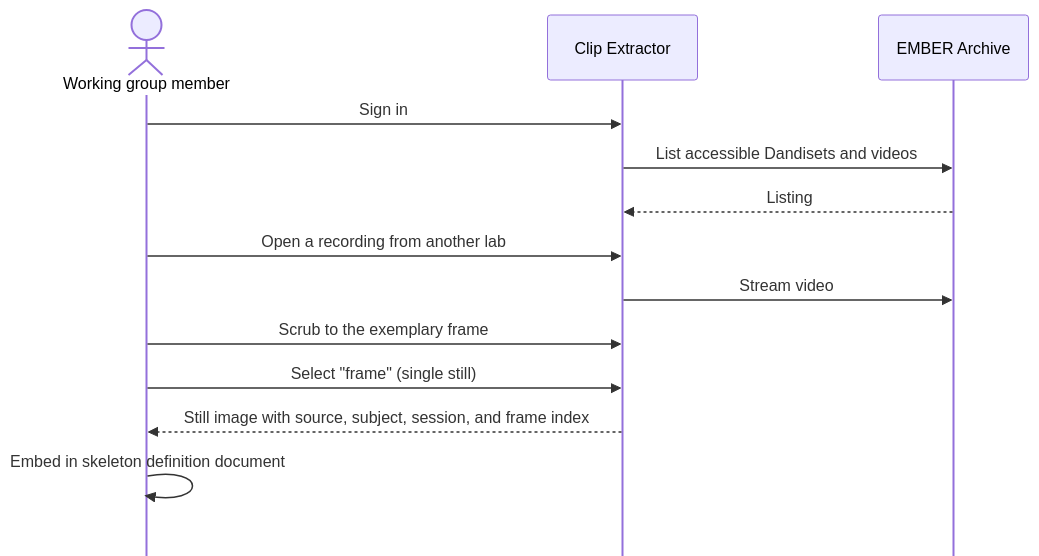
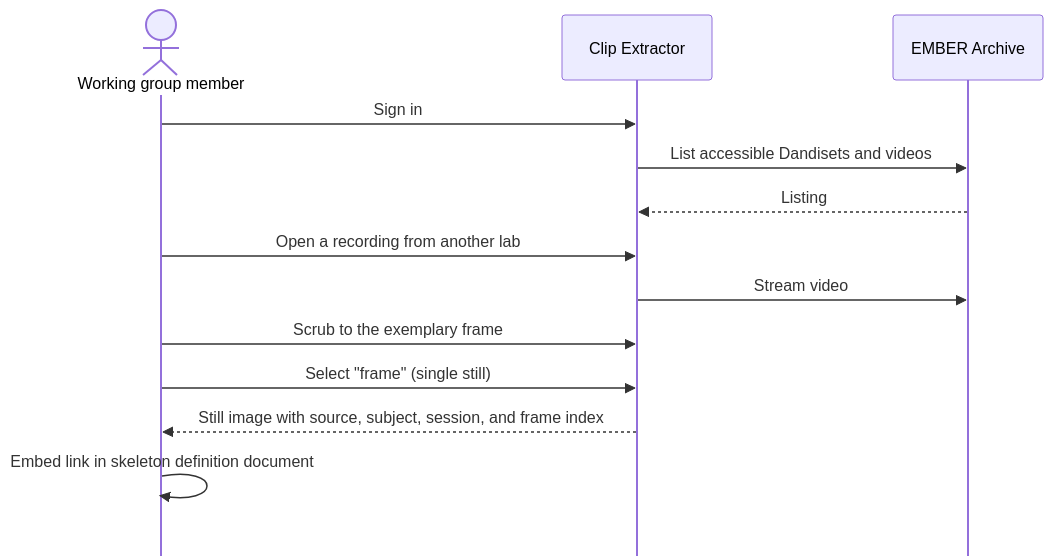
Before and after one commit to CodyCBakerPhD/BBQS-EMBER-docs: the diagram in user-stories/clip-extractor/story-04-capture-a-reference-frame-for-a-skeleton-definition.md, drawn with Mermaid.

````diff
--- a/user-stories/clip-extractor/story-04-capture-a-reference-frame-for-a-skeleton-definition.md
+++ b/user-stories/clip-extractor/story-04-capture-a-reference-frame-for-a-skeleton-definition.md
@@ -17,17 +17,17 @@
 ```mermaid
 %%{init: {"sequence": {"mirrorActors": false}}}%%
 sequenceDiagram
     actor W as Working group member
     participant CE as Clip Extractor
     participant E as EMBER Archive
 
     W->>CE: Sign in
     CE->>E: List accessible Dandisets and videos
     E-->>CE: Listing
     W->>CE: Open a recording from another lab
     CE->>E: Stream video
     W->>CE: Scrub to the exemplary frame
     W->>CE: Select "frame" (single still)
     CE-->>W: Still image with source, subject, session, and frame index
-    W->>W: Embed in skeleton definition document
+    W->>W: Embed link in skeleton definition document
 ```
````
